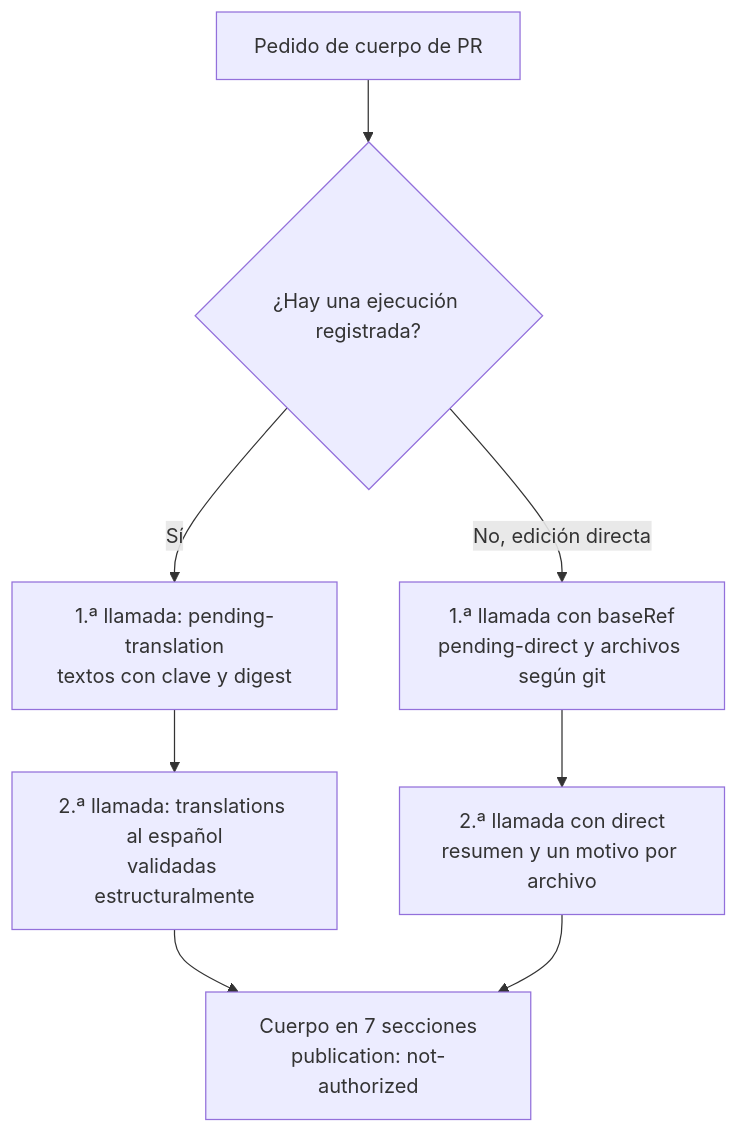
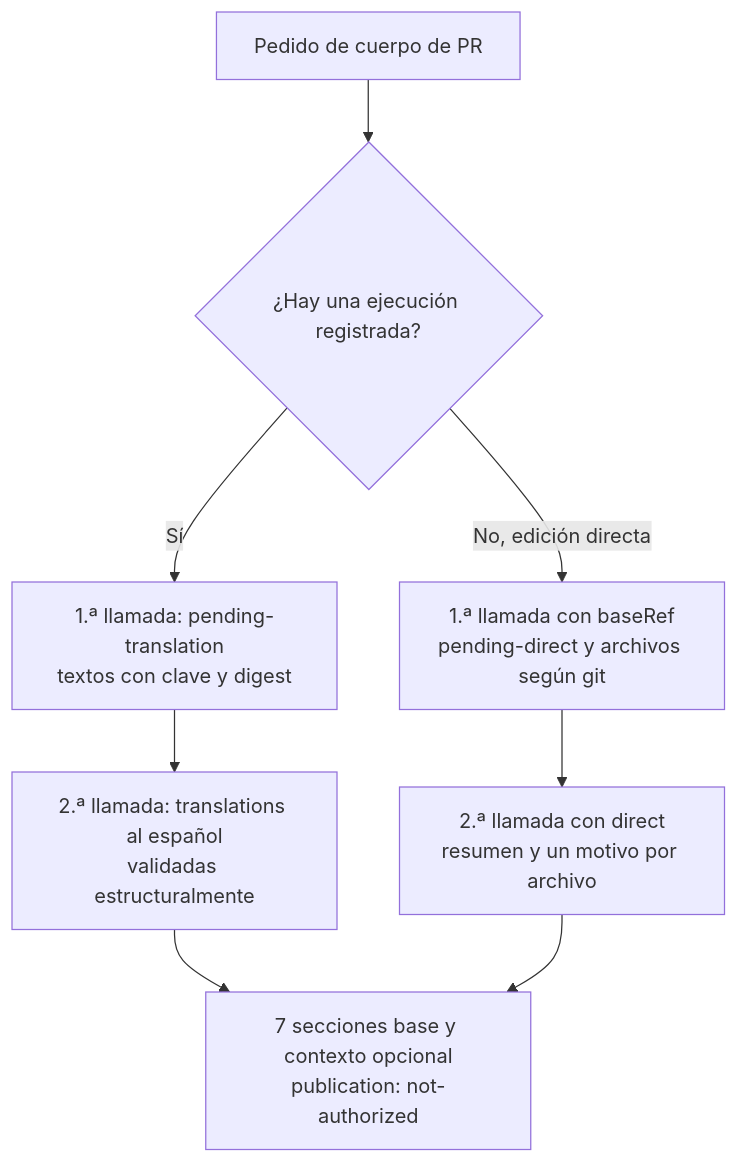
Before and after one commit to vancinis/mdd-orchestrator: diagram 15 of 18 in README.md, drawn with Mermaid. The commit also changed other lines of this file and 11 other files, not shown here.

````diff
--- a/README.md
+++ b/README.md
@@ -898,8 +898,8 @@
 ```mermaid
 flowchart TD
   U["Pedido de cuerpo de PR"] --> H{"¿Hay una ejecución registrada?"}
   H -- Sí --> T1["1.ª llamada: pending-translation<br/>textos con clave y digest"] --> T2["2.ª llamada: translations al español<br/>validadas estructuralmente"]
   H -- "No, edición directa" --> D1["1.ª llamada con baseRef<br/>pending-direct y archivos según git"] --> D2["2.ª llamada con direct<br/>resumen y un motivo por archivo"]
-  T2 --> OUT["Cuerpo en 7 secciones<br/>publication: not-authorized"]
+  T2 --> OUT["7 secciones base y contexto opcional<br/>publication: not-authorized"]
   D2 --> OUT
 ```
````
